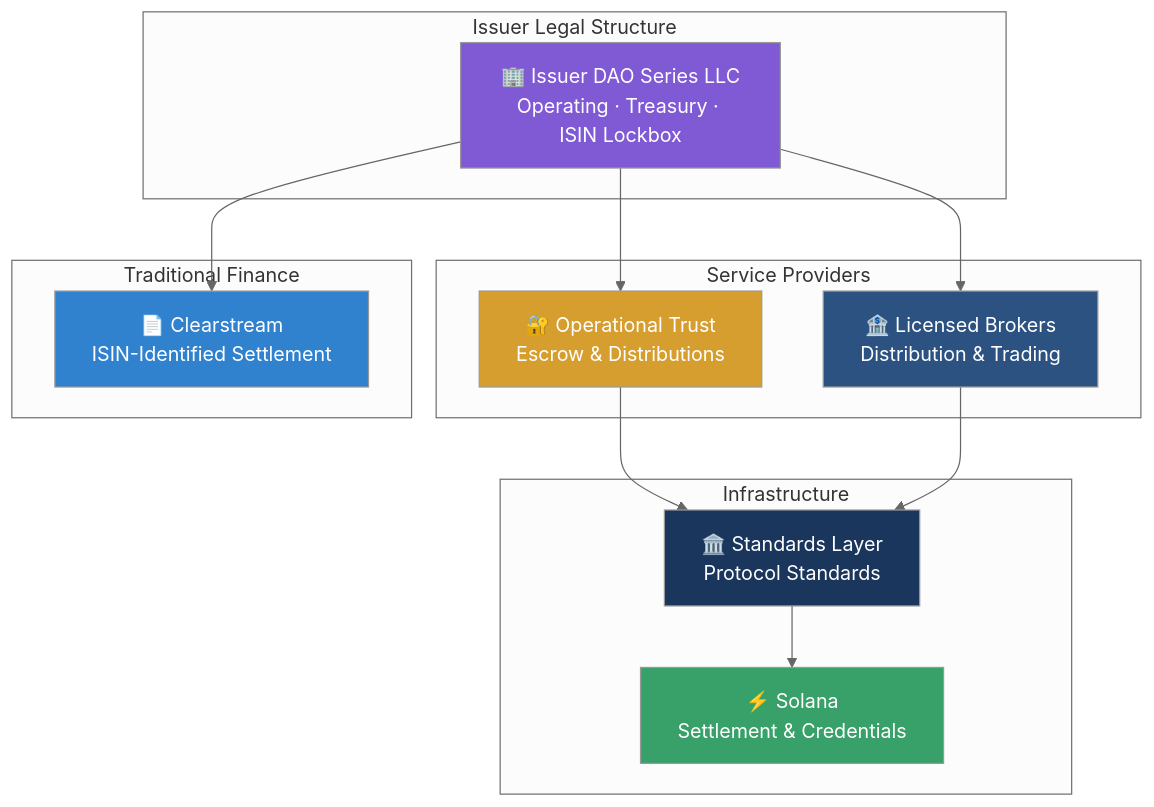
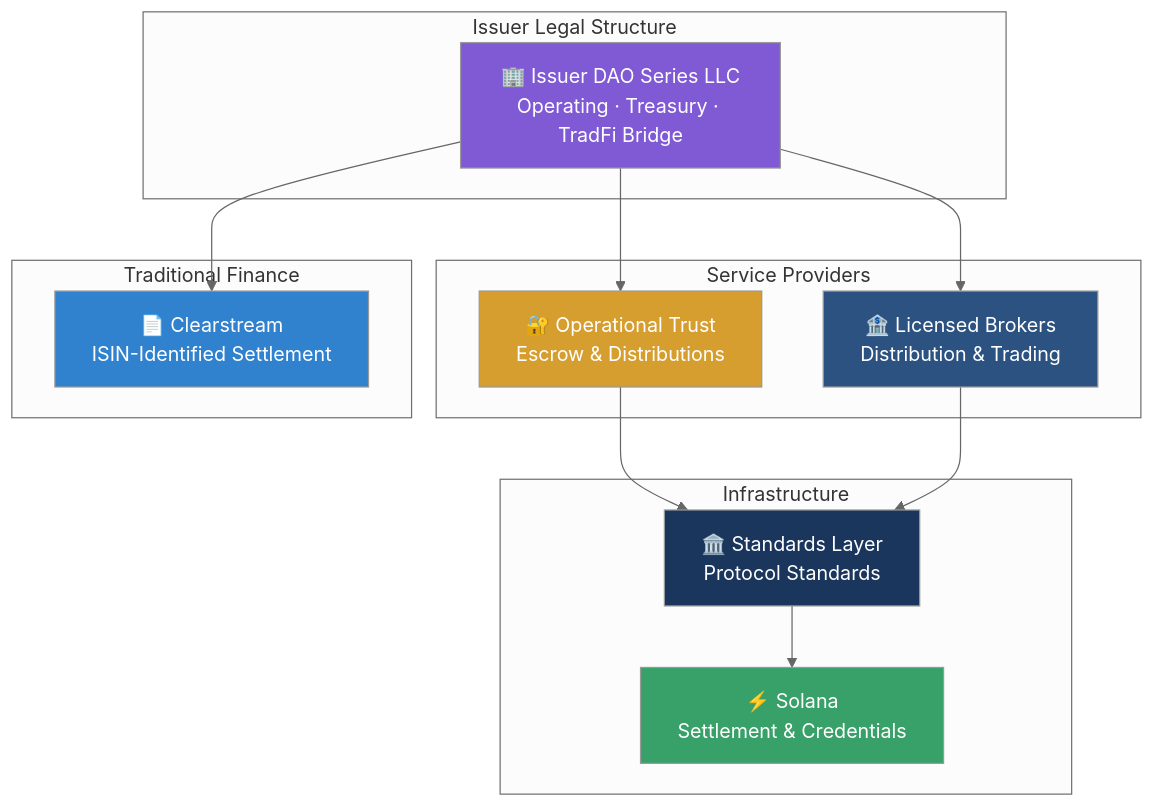
Before and after one commit to hrbrlife/sailsto_website: the ninth of 9 diagrams in hugo-site/content/whatsails.md, drawn with Mermaid (neutral theme). The commit also changed other lines of this file and 7 other files, not shown here.

```diff
--- a/hugo-site/content/whatsails.md
+++ b/hugo-site/content/whatsails.md
@@ -1067,29 +1069,29 @@
         <div class="mermaid">
         flowchart TB
             subgraph Layer1["Issuer Legal Structure"]
-                LLC["🏢 Issuer DAO Series LLC<br/>Operating · Treasury · ISIN Lockbox"]
+                LLC["🏢 Issuer DAO Series LLC<br/>Operating · Treasury · TradFi Bridge"]
             end
             subgraph Layer2["Service Providers"]
                 TRUST["🔐 Operational Trust<br/>Escrow & Distributions"]
                 BROKERS["🏦 Licensed Brokers<br/>Distribution & Trading"]
             end
             subgraph Layer3["Infrastructure"]
                 FOUND["🏛️ Standards Layer<br/>Protocol Standards"]
                 SOL["⚡ Solana<br/>Settlement & Credentials"]
             end
             subgraph Layer4["Traditional Finance"]
                 CLEAR["📄 Clearstream<br/>ISIN-Identified Settlement"]
             end
             LLC --> TRUST
             LLC --> BROKERS
             TRUST --> FOUND
             BROKERS --> FOUND
             FOUND --> SOL
             LLC --> CLEAR
             style LLC fill:#805ad5,color:#fff
             style TRUST fill:#d69e2e,color:#fff
             style BROKERS fill:#2c5282,color:#fff
             style FOUND fill:#1a365d,color:#fff
             style SOL fill:#38a169,color:#fff
             style CLEAR fill:#3182ce,color:#fff
         </div>
```
